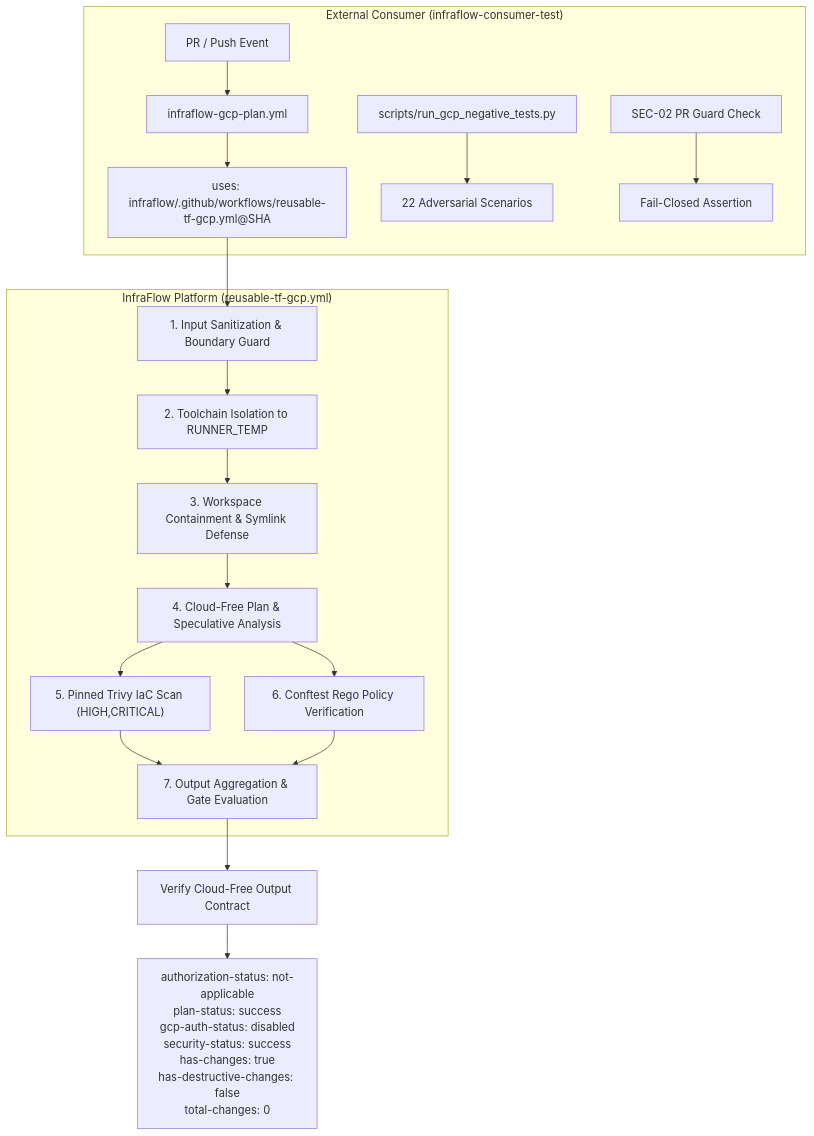
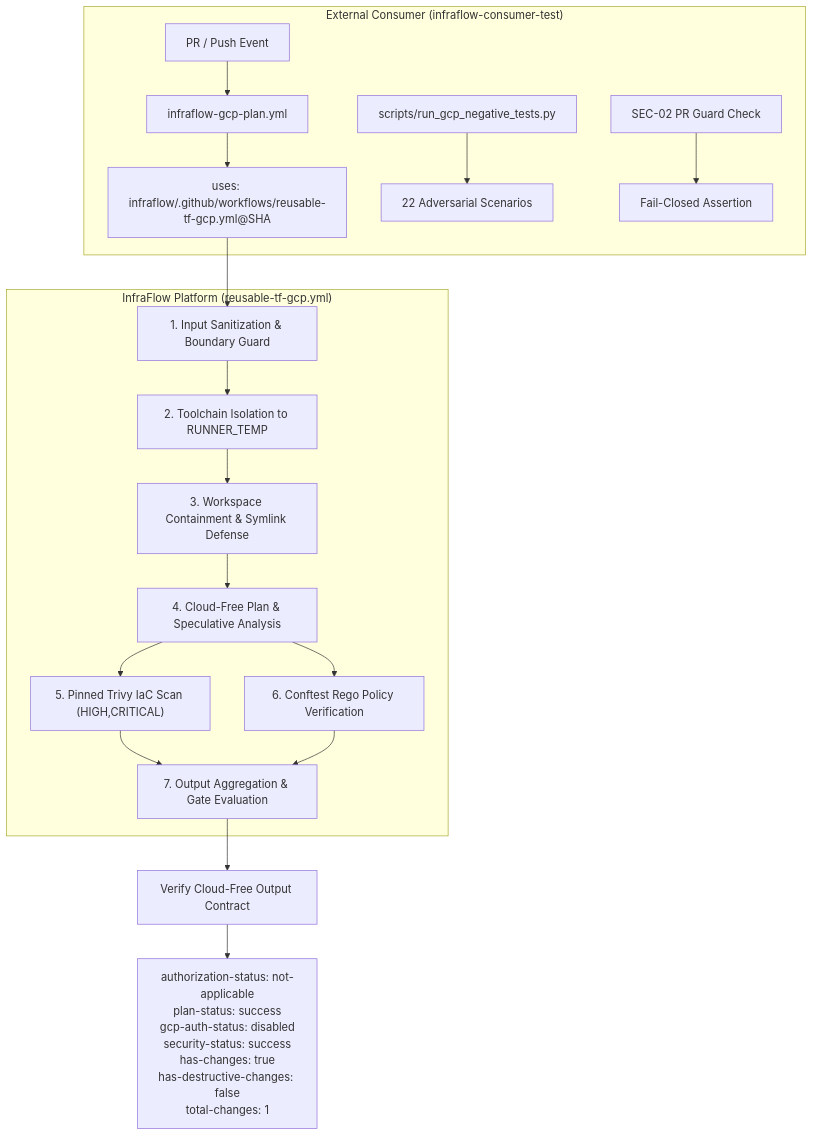
One commit to TM-threemavithana/infraflow changed the diagram in docs/evidence/G07/G07-GCP-EXTERNAL-INTEGRATION-REPORT.md. Above: the diagram before and after it, drawn with Mermaid. The commit also changed other lines of this file, not shown here.

````diff
--- a/docs/evidence/G07/G07-GCP-EXTERNAL-INTEGRATION-REPORT.md
+++ b/docs/evidence/G07/G07-GCP-EXTERNAL-INTEGRATION-REPORT.md
@@ -28,23 +31,23 @@
 ```mermaid
 flowchart TD
     subgraph Consumer["External Consumer (infraflow-consumer-test)"]
         PR["PR / Push Event"] --> WF["infraflow-gcp-plan.yml"]
         WF --> CallAdapter["uses: infraflow/.github/workflows/reusable-tf-gcp.yml@SHA"]
         Harness["scripts/run_gcp_negative_tests.py"] --> NegativeChecks["22 Adversarial Scenarios"]
         PRCheck["SEC-02 PR Guard Check"] --> RejectUntrusted["Fail-Closed Assertion"]
     end
 
     subgraph Platform["InfraFlow Platform (reusable-tf-gcp.yml)"]
         CallAdapter --> InputGuard["1. Input Sanitization & Boundary Guard"]
         InputGuard --> Isolate["2. Toolchain Isolation to RUNNER_TEMP"]
         Isolate --> WorkspaceCheck["3. Workspace Containment & Symlink Defense"]
         WorkspaceCheck --> Plan["4. Cloud-Free Plan & Speculative Analysis"]
         Plan --> TrivyScan["5. Pinned Trivy IaC Scan (HIGH,CRITICAL)"]
         Plan --> OPAEval["6. Conftest Rego Policy Verification"]
         TrivyScan --> Summary["7. Output Aggregation & Gate Evaluation"]
         OPAEval --> Summary
     end
 
     Summary --> Contract["Verify Cloud-Free Output Contract"]
-    Contract --> Passed["authorization-status: not-applicable\nplan-status: success\ngcp-auth-status: disabled\nsecurity-status: success\nhas-changes: true\nhas-destructive-changes: false\ntotal-changes: 0"]
+    Contract --> Passed["authorization-status: not-applicable\nplan-status: success\ngcp-auth-status: disabled\nsecurity-status: success\nhas-changes: true\nhas-destructive-changes: false\ntotal-changes: 1"]
 ```
````
